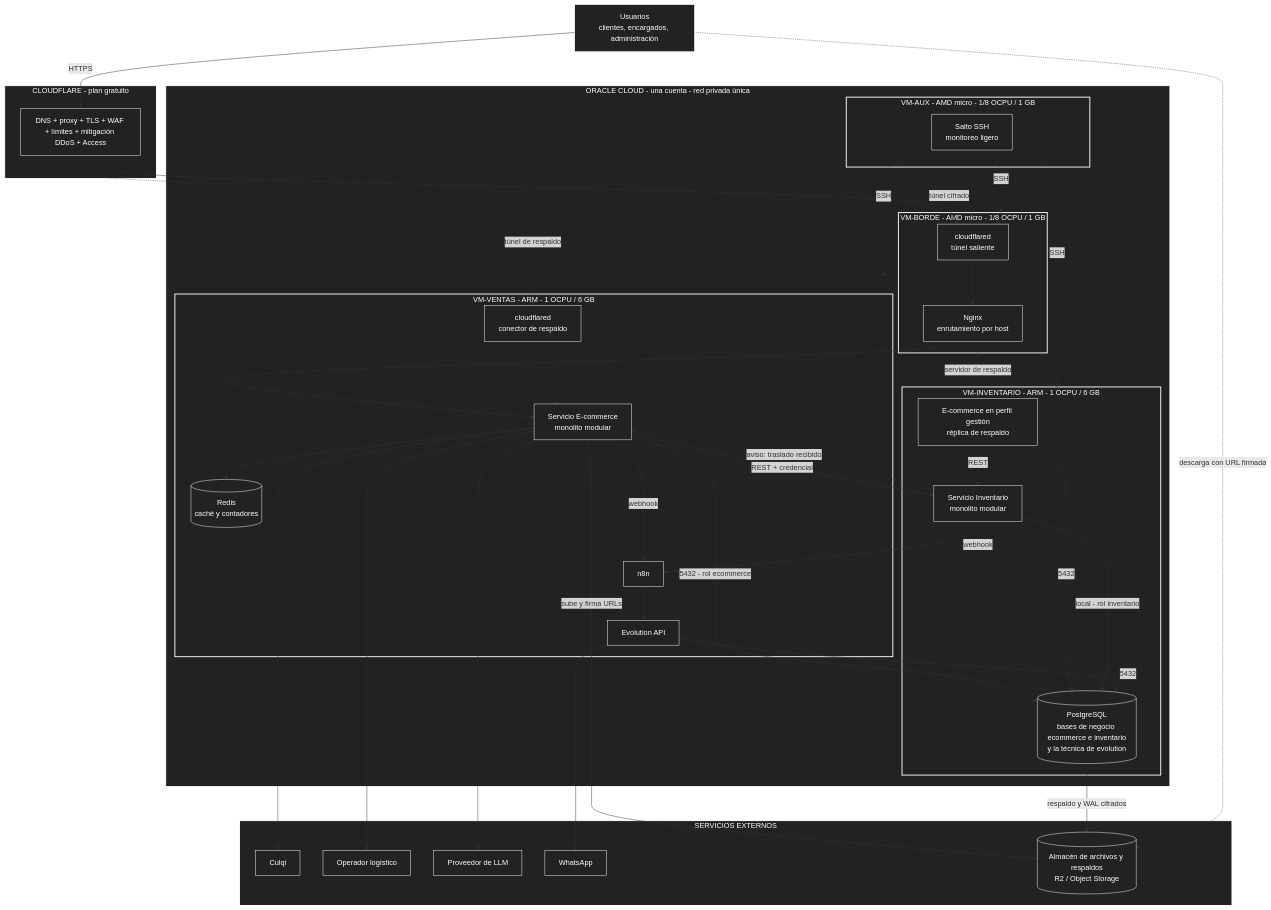
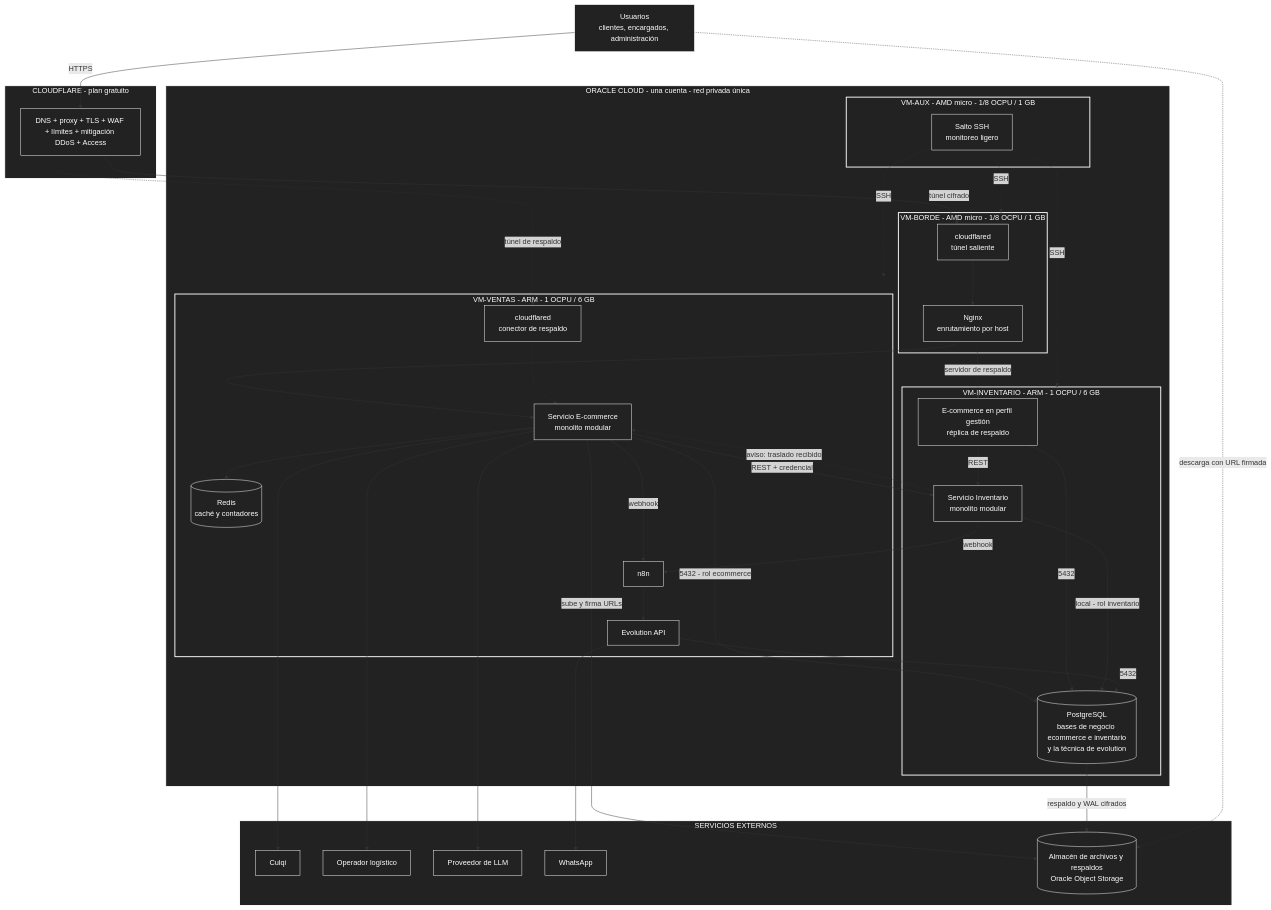
Before and after one commit to P35C4D0R4B1050/BabelHub: the diagram in docs/02-arquitectura-de-software/05-despliegue.md, drawn with Mermaid. The commit also changed other lines of this file and 28 other files, not shown here.

```diff
--- a/docs/02-arquitectura-de-software/05-despliegue.md
+++ b/docs/02-arquitectura-de-software/05-despliegue.md
@@ -70,7 +70,7 @@
 ENV["Operador logístico"]
 LLM["Proveedor de LLM"]
 WA["WhatsApp"]
-ALM[("Almacén de archivos y respaldos<br/>R2 / Object Storage")]
+ALM[("Almacén de archivos y respaldos<br/>Oracle Object Storage")]
 end
 
 USR -->|"HTTPS"| CFE
```
